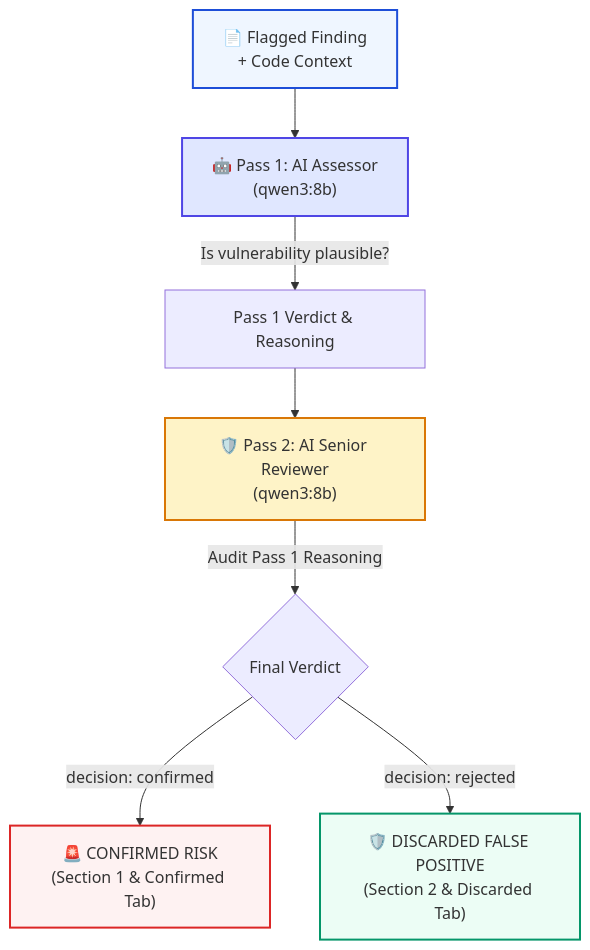
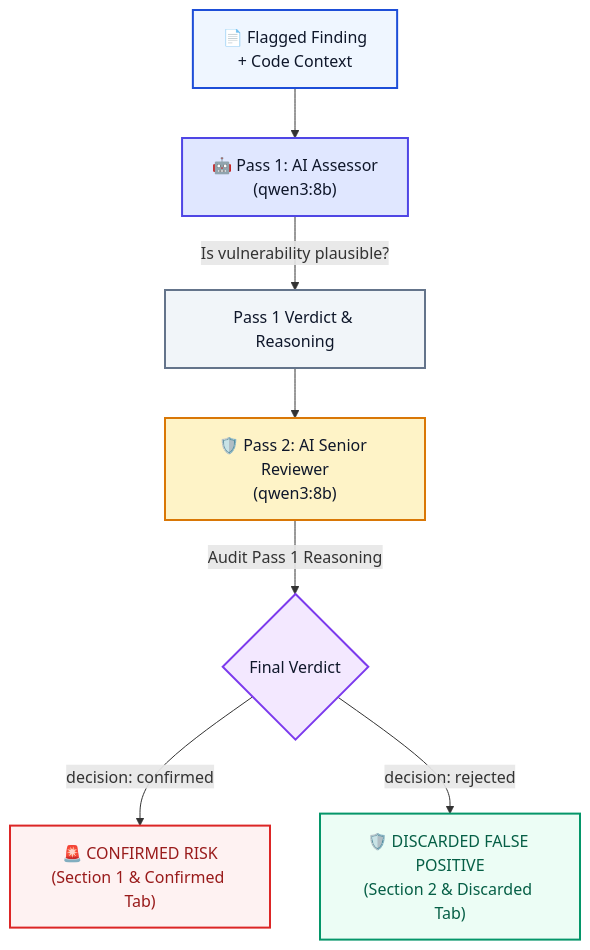
Before and after one commit to taha-mh/CCPL-SAST-DAST-Tool: the second of 3 diagrams in docs/CODE_ARCHITECTURE_DIAGRAMS.md, drawn with Mermaid. The commit also changed other lines of this file, not shown here.

Commit message:
Add explicit high-contrast text color properties to Mermaid nodes for GitHub Dark Mode readability

````diff
--- a/docs/CODE_ARCHITECTURE_DIAGRAMS.md
+++ b/docs/CODE_ARCHITECTURE_DIAGRAMS.md
@@ -64,19 +64,21 @@
 ```mermaid
 flowchart TD
     A["📄 Flagged Finding<br/>+ Code Context"] --> B["🤖 Pass 1: AI Assessor<br/>(qwen3:8b)"]
     
     B -->|"Is vulnerability plausible?"| C["Pass 1 Verdict & Reasoning"]
     
     C --> D["🛡️ Pass 2: AI Senior Reviewer<br/>(qwen3:8b)"]
     
     D -->|"Audit Pass 1 Reasoning"| E{"Final Verdict"}
     
     E -->|"decision: confirmed"| F["🚨 CONFIRMED RISK<br/>(Section 1 & Confirmed Tab)"]
     E -->|"decision: rejected"| G["🛡️ DISCARDED FALSE POSITIVE<br/>(Section 2 & Discarded Tab)"]
 
-    style A fill:#eff6ff,stroke:#1d4ed8,stroke-width:2px;
-    style B fill:#e0e7ff,stroke:#4f46e5,stroke-width:2px;
-    style D fill:#fef3c7,stroke:#d97706,stroke-width:2px;
-    style F fill:#fef2f2,stroke:#dc2626,stroke-width:2px;
-    style G fill:#ecfdf5,stroke:#059669,stroke-width:2px;
+    style A fill:#eff6ff,stroke:#1d4ed8,stroke-width:2px,color:#0f172a;
+    style B fill:#e0e7ff,stroke:#4f46e5,stroke-width:2px,color:#0f172a;
+    style C fill:#f1f5f9,stroke:#64748b,stroke-width:2px,color:#0f172a;
+    style D fill:#fef3c7,stroke:#d97706,stroke-width:2px,color:#0f172a;
+    style E fill:#f3e8ff,stroke:#7c3aed,stroke-width:2px,color:#0f172a;
+    style F fill:#fef2f2,stroke:#dc2626,stroke-width:2px,color:#991b1b;
+    style G fill:#ecfdf5,stroke:#059669,stroke-width:2px,color:#065f46;
 ```
````
